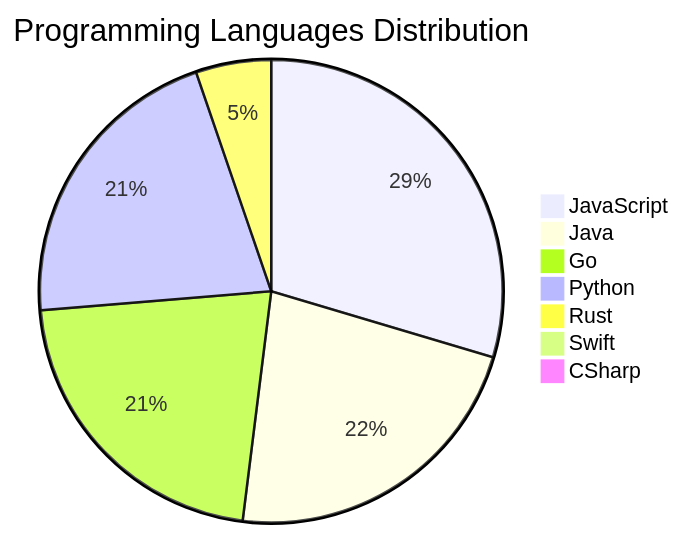
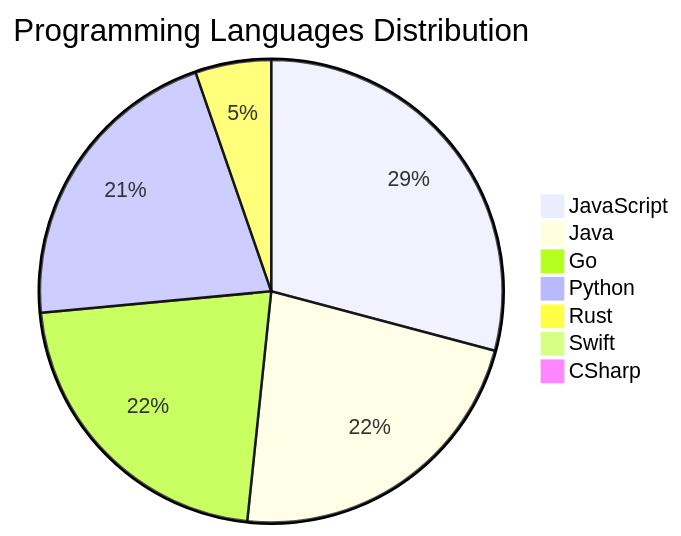
The diagram in README.md (Derrick-MUGISHA/github-activity-bot), drawn with Mermaid before and after one commit. The commit also changed other lines of this file and 4 other files, not shown here.

````diff
--- a/README.md
+++ b/README.md
@@ -207,10 +207,10 @@
 ```mermaid
 pie title Programming Languages Distribution
-    "JavaScript" : 45
+    "JavaScript" : 44
     "Java" : 34
     "Go" : 33
     "Python" : 32
     "Rust" : 8
     "Swift" : 1
     "CSharp" : 1
 ```
````
